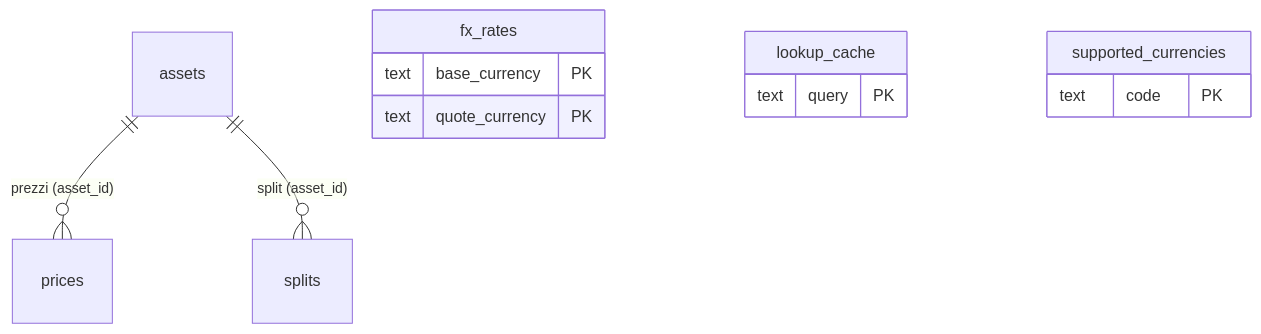
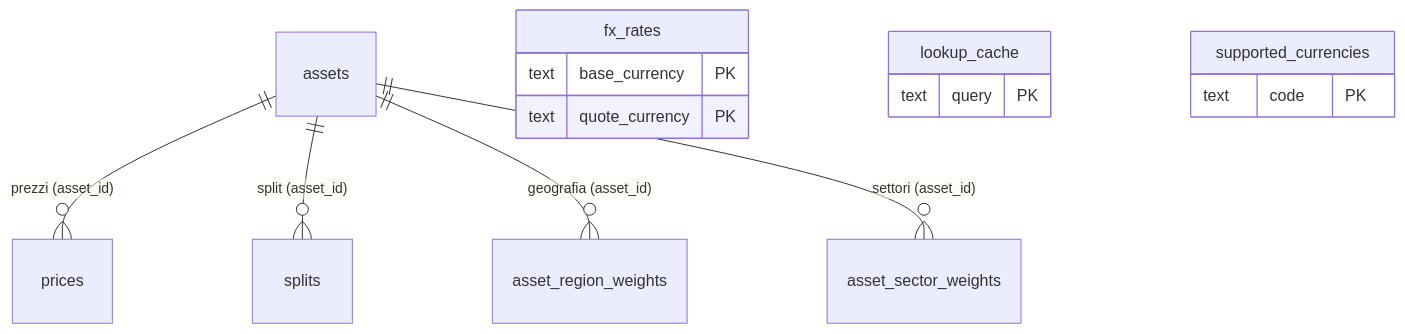
Before and after one commit to alv67/vault-lab: the second of 2 diagrams in docs/DATABASE-GUIDE.it.md, drawn with Mermaid. The commit also changed other lines of this file and 6 other files, not shown here.

````diff
--- a/docs/DATABASE-GUIDE.it.md
+++ b/docs/DATABASE-GUIDE.it.md
@@ -100,16 +101,18 @@
 ```mermaid
 erDiagram
     assets ||--o{ prices : "prezzi (asset_id)"
     assets ||--o{ splits : "split (asset_id)"
+    assets ||--o{ asset_region_weights : "geografia (asset_id)"
+    assets ||--o{ asset_sector_weights : "settori (asset_id)"
 
     fx_rates {
         text base_currency PK
         text quote_currency PK
     }
     lookup_cache {
         text query PK
     }
     supported_currencies {
         text code PK
     }
 ```
````
